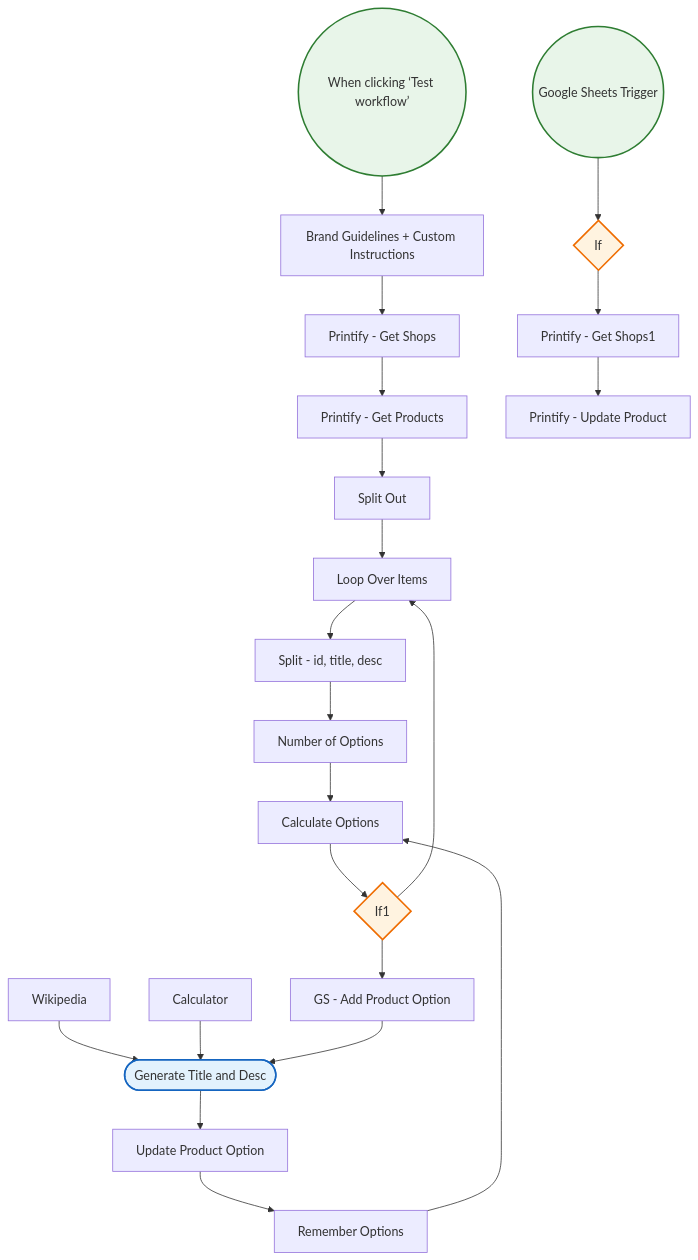
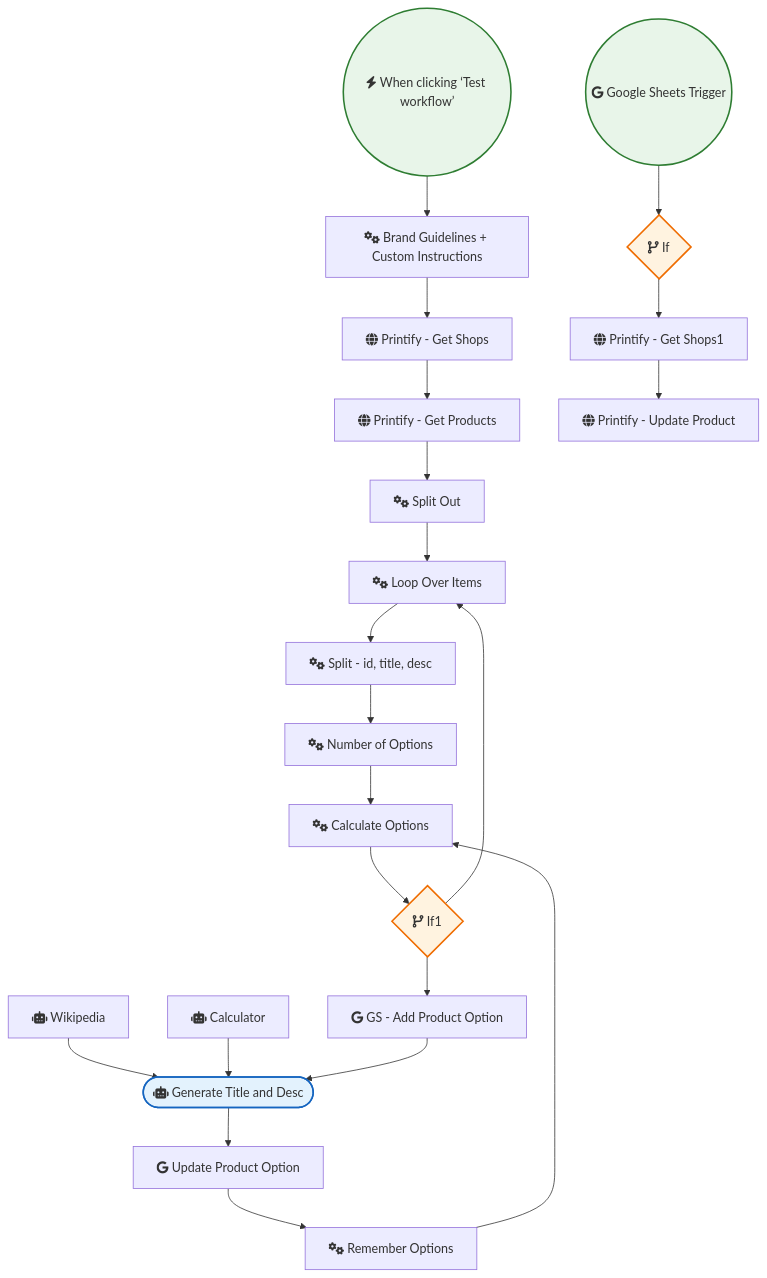
Before and after one commit to sreyash3105/N8N-DEMO-AUTOMATIONS: the diagram in Other_Integrations_and_Use_Cases/Printify Automation - Update Title and Description - Alexk1919.md, drawn with Mermaid. The commit also changed 291 other files, not shown here.

````diff
--- a/Other_Integrations_and_Use_Cases/Printify Automation - Update Title and Description - Alexk1919.md
+++ b/Other_Integrations_and_Use_Cases/Printify Automation - Update Title and Description - Alexk1919.md
@@ -1,48 +1,48 @@
 ```mermaid
 graph TD
     classDef trigger fill:#e8f5e9,stroke:#2e7d32,stroke-width:2px;
     classDef ai fill:#e3f2fd,stroke:#1565c0,stroke-width:2px;
     classDef logic fill:#fff3e0,stroke:#ef6c00,stroke-width:2px;
 
-    When_clicking__Test_workflow_(("When clicking ‘Test workflow’")):::trigger
-    Printify___Get_Shops["Printify - Get Shops"]
-    Printify___Get_Products["Printify - Get Products"]
-    Split_Out["Split Out"]
-    Loop_Over_Items["Loop Over Items"]
-    Split___id__title__desc["Split - id, title, desc"]
-    Calculator["Calculator"]
-    Wikipedia["Wikipedia"]
-    Printify___Update_Product["Printify - Update Product"]
-    Brand_Guidelines___Custom_Instructions["Brand Guidelines + Custom Instructions"]
-    Google_Sheets_Trigger(("Google Sheets Trigger")):::trigger
-    Printify___Get_Shops1["Printify - Get Shops1"]
-    GS___Add_Product_Option["GS - Add Product Option"]
-    Update_Product_Option["Update Product Option"]
-    If1{"If1"}:::logic
-    Number_of_Options["Number of Options"]
-    Calculate_Options["Calculate Options"]
-    Remember_Options["Remember Options"]
-    Generate_Title_and_Desc(["Generate Title and Desc"]):::ai
-    If{"If"}:::logic
+    When_clicking__Test_workflow_(("fas:fa-bolt When clicking ‘Test workflow’")):::trigger
+    Printify___Get_Shops["fas:fa-globe Printify - Get Shops"]
+    Printify___Get_Products["fas:fa-globe Printify - Get Products"]
+    Split_Out["fas:fa-cogs Split Out"]
+    Loop_Over_Items["fas:fa-cogs Loop Over Items"]
+    Split___id__title__desc["fas:fa-cogs Split - id, title, desc"]
+    Calculator["fas:fa-robot Calculator"]
+    Wikipedia["fas:fa-robot Wikipedia"]
+    Printify___Update_Product["fas:fa-globe Printify - Update Product"]
+    Brand_Guidelines___Custom_Instructions["fas:fa-cogs Brand Guidelines + Custom Instructions"]
+    Google_Sheets_Trigger(("fab:fa-google Google Sheets Trigger")):::trigger
+    Printify___Get_Shops1["fas:fa-globe Printify - Get Shops1"]
+    GS___Add_Product_Option["fab:fa-google GS - Add Product Option"]
+    Update_Product_Option["fab:fa-google Update Product Option"]
+    If1{"fas:fa-code-branch If1"}:::logic
+    Number_of_Options["fas:fa-cogs Number of Options"]
+    Calculate_Options["fas:fa-cogs Calculate Options"]
+    Remember_Options["fas:fa-cogs Remember Options"]
+    Generate_Title_and_Desc(["fas:fa-robot Generate Title and Desc"]):::ai
+    If{"fas:fa-code-branch If"}:::logic
 
     If --> Printify___Get_Shops1
     If1 --> Loop_Over_Items
     If1 --> GS___Add_Product_Option
     Split_Out --> Loop_Over_Items
     Wikipedia --> Generate_Title_and_Desc
     Calculator --> Generate_Title_and_Desc
     Loop_Over_Items --> Split___id__title__desc
     Remember_Options --> Calculate_Options
     Calculate_Options --> If1
     Number_of_Options --> Calculate_Options
     Printify___Get_Shops --> Printify___Get_Products
     Google_Sheets_Trigger --> If
     Printify___Get_Shops1 --> Printify___Update_Product
     Update_Product_Option --> Remember_Options
     GS___Add_Product_Option --> Generate_Title_and_Desc
     Generate_Title_and_Desc --> Update_Product_Option
     Printify___Get_Products --> Split_Out
     Split___id__title__desc --> Number_of_Options
     When_clicking__Test_workflow_ --> Brand_Guidelines___Custom_Instructions
     Brand_Guidelines___Custom_Instructions --> Printify___Get_Shops
 ```
````
